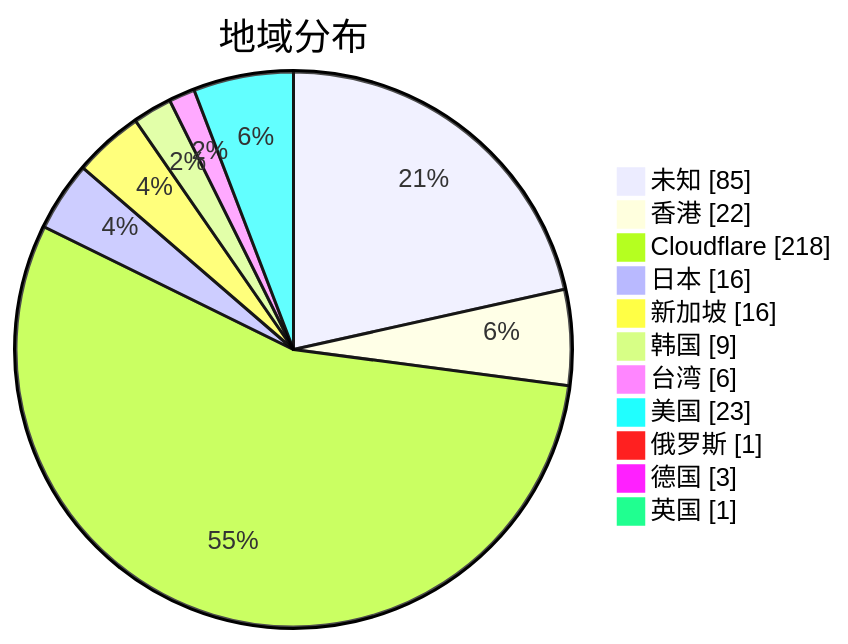
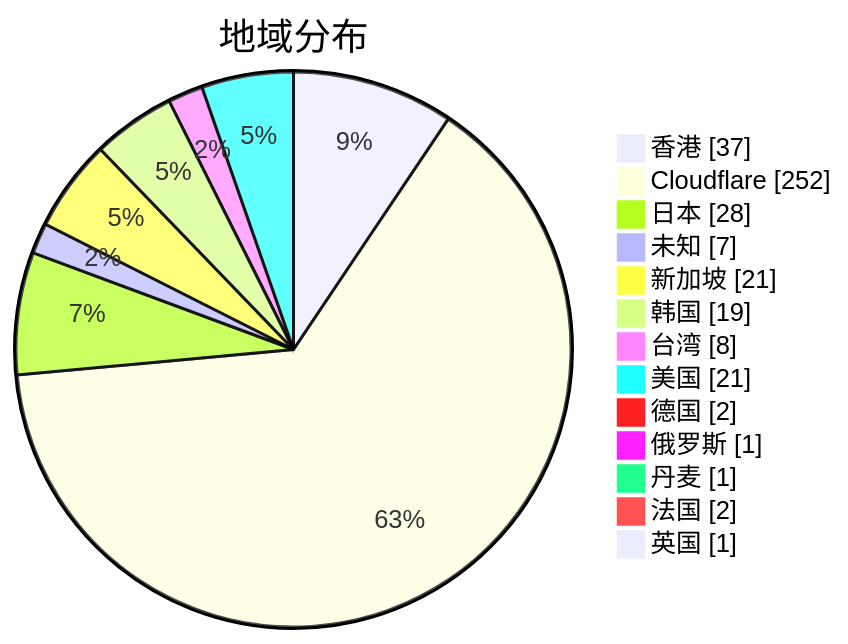
One commit to qjlxg/airport changed the second of 3 diagrams in subs/statistics/tested_within.md. Above: the diagram before and after it, drawn with Mermaid. The commit also changed other lines of this file and 2 other files, not shown here.

````diff
--- a/subs/statistics/tested_within.md
+++ b/subs/statistics/tested_within.md
@@ -13,15 +13,17 @@
 ```mermaid
 pie showData
 title 地域分布
-"未知" : 85
-"香港" : 22
-"Cloudflare" : 218
-"日本" : 16
-"新加坡" : 16
-"韩国" : 9
-"台湾" : 6
-"美国" : 23
+"香港" : 37
+"Cloudflare" : 252
+"日本" : 28
+"未知" : 7
+"新加坡" : 21
+"韩国" : 19
+"台湾" : 8
+"美国" : 21
+"德国" : 2
 "俄罗斯" : 1
-"德国" : 3
+"丹麦" : 1
+"法国" : 2
 "英国" : 1
 ```
````
